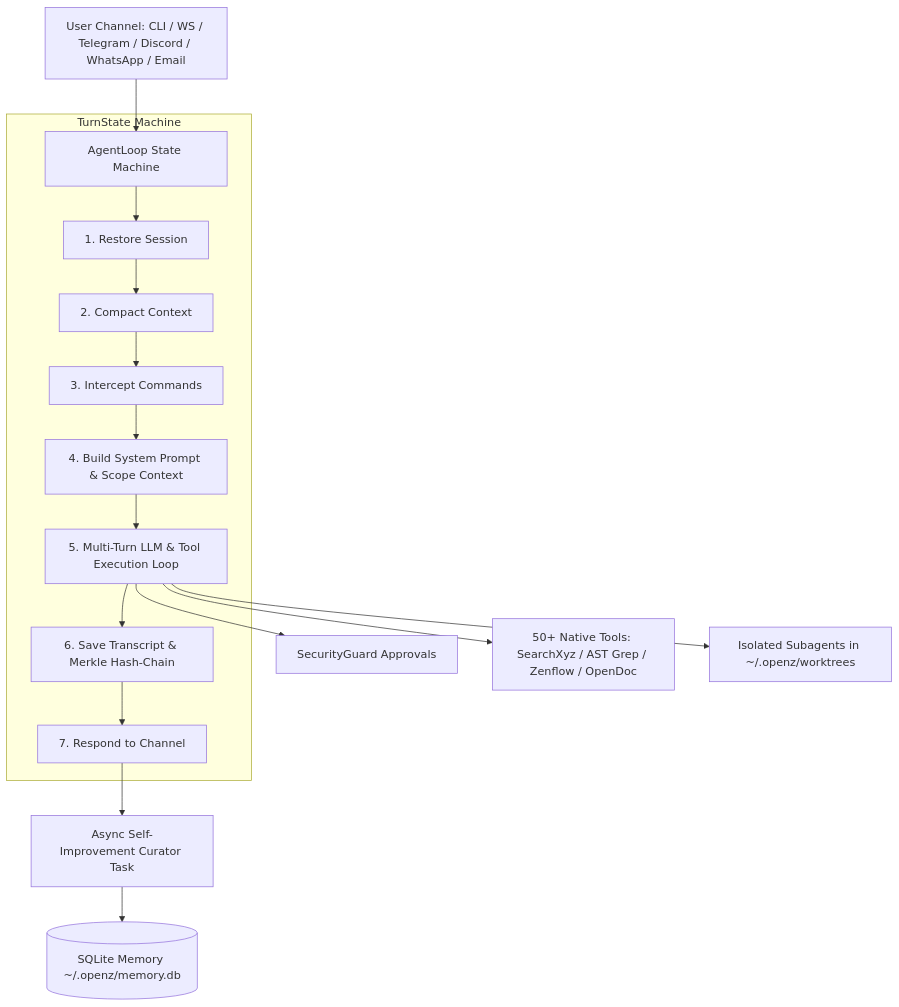
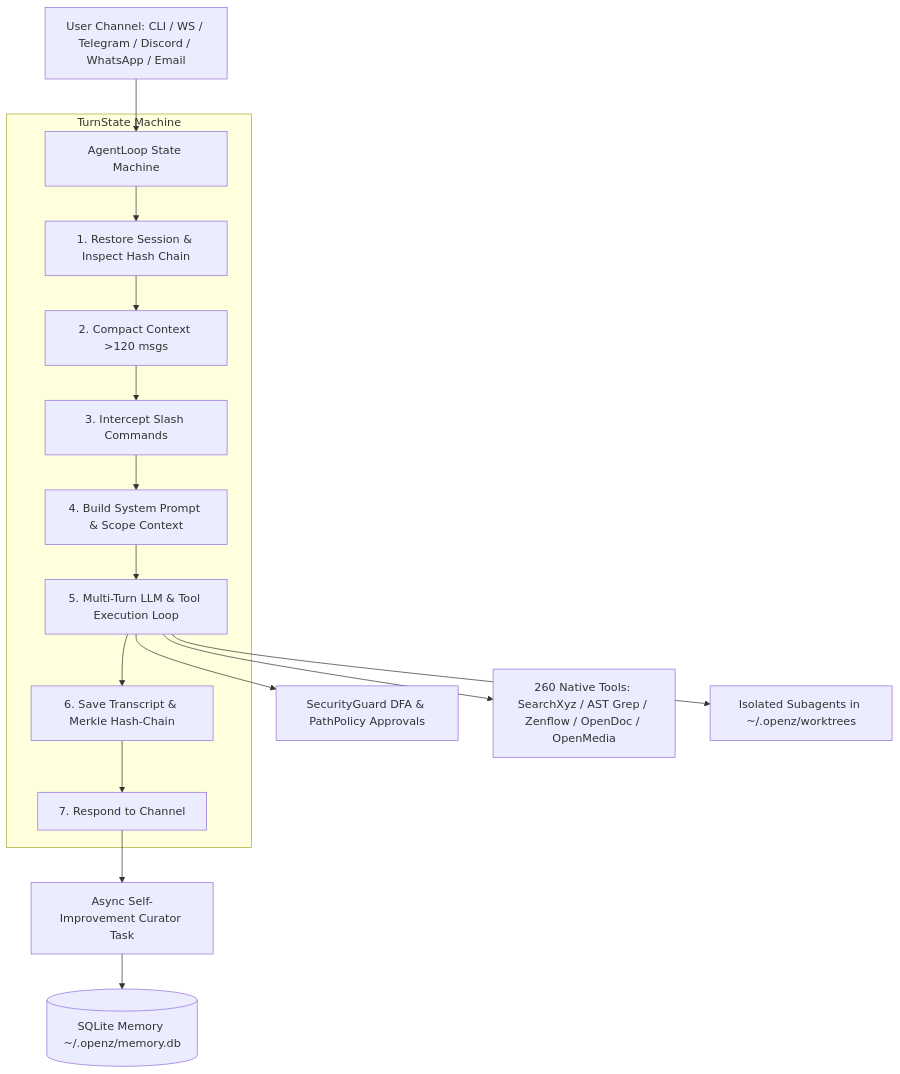
The diagram in README.md (aswin402/openz-rs), drawn with Mermaid before and after one commit. The commit also changed other lines of this file and 48 other files, not shown here.

First line of the commit message:
feat(security): DFA shell lexer, magic-byte vision gate, and session chain integrity (v0.0.250)

````diff
--- a/README.md
+++ b/README.md
@@ -139,21 +151,21 @@
 ```mermaid
 graph TD
     User[User Channel: CLI / WS / Telegram / Discord / WhatsApp / Email] --> Loop[AgentLoop State Machine]
     
     subgraph TurnState Machine
-        Loop --> Restore[1. Restore Session]
-        Restore --> Compact[2. Compact Context]
-        Compact --> Command[3. Intercept Commands]
+        Loop --> Restore[1. Restore Session & Inspect Hash Chain]
+        Restore --> Compact[2. Compact Context >120 msgs]
+        Compact --> Command[3. Intercept Slash Commands]
         Command --> Build[4. Build System Prompt & Scope Context]
         Build --> Run[5. Multi-Turn LLM & Tool Execution Loop]
         Run --> Save[6. Save Transcript & Merkle Hash-Chain]
         Save --> Respond[7. Respond to Channel]
     end
 
-    Run --> Security[SecurityGuard Approvals]
-    Run --> NativeTools[50+ Native Tools: SearchXyz / AST Grep / Zenflow / OpenDoc]
+    Run --> Security[SecurityGuard DFA & PathPolicy Approvals]
+    Run --> NativeTools[260 Native Tools: SearchXyz / AST Grep / Zenflow / OpenDoc / OpenMedia]
     Run --> Subagents[Isolated Subagents in ~/.openz/worktrees]
     
     Respond --> Curator[Async Self-Improvement Curator Task]
     Curator --> Database[(SQLite Memory ~/.openz/memory.db)]
 ```
````
